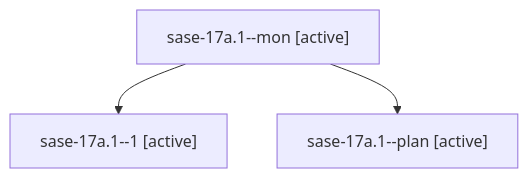
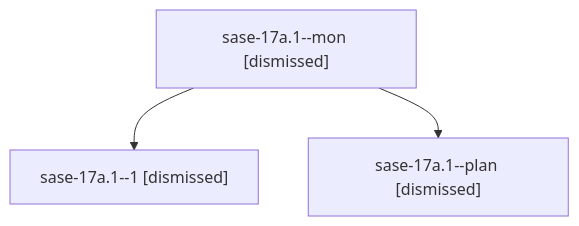
Before and after one commit to sase-org/sase--agents: the diagram in sessions/bbugyi200.athena.sase-17a.1.md, drawn with Mermaid. The commit also changed other lines of this file and 142 other files, not shown here.

````diff
--- a/sessions/bbugyi200.athena.sase-17a.1.md
+++ b/sessions/bbugyi200.athena.sase-17a.1.md
@@ -9,8 +9,8 @@
 ```mermaid
 flowchart TD
-  n0["sase-17a.1--mon [active]"]
-  n1["sase-17a.1--1 [active]"]
+  n0["sase-17a.1--mon [dismissed]"]
+  n1["sase-17a.1--1 [dismissed]"]
   n0 --> n1
-  n2["sase-17a.1--plan [active]"]
+  n2["sase-17a.1--plan [dismissed]"]
   n0 --> n2
 ```
````
